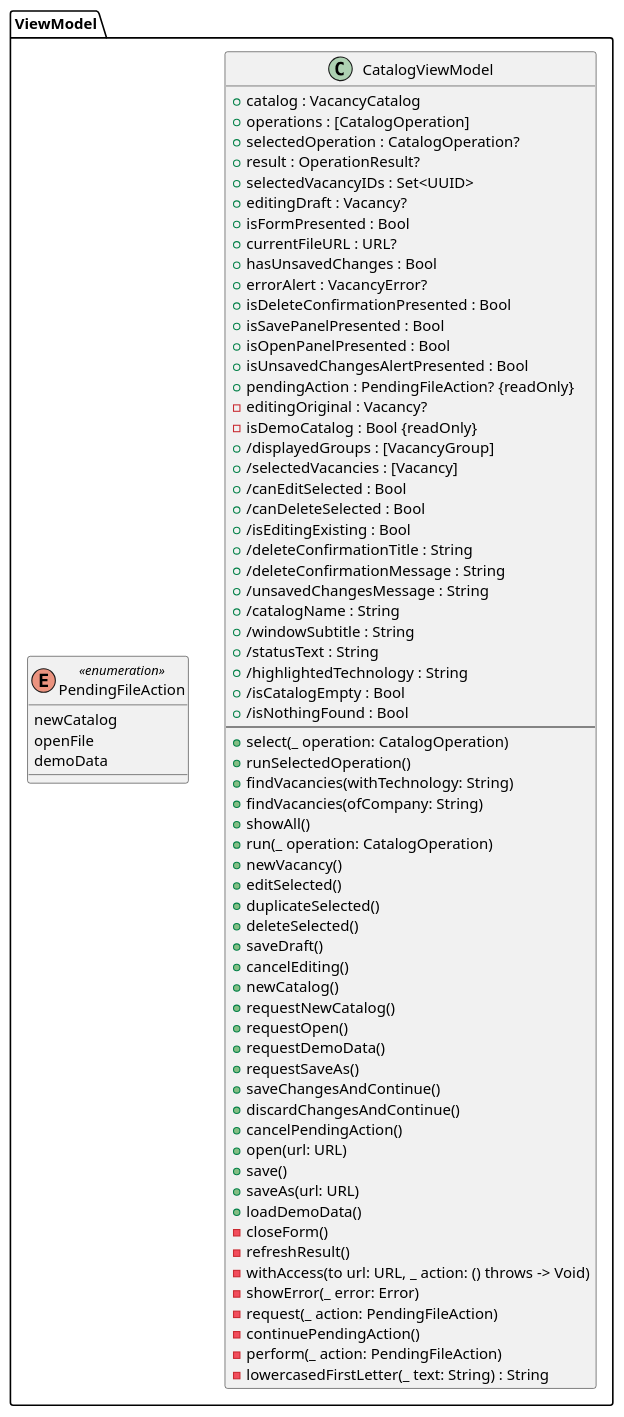
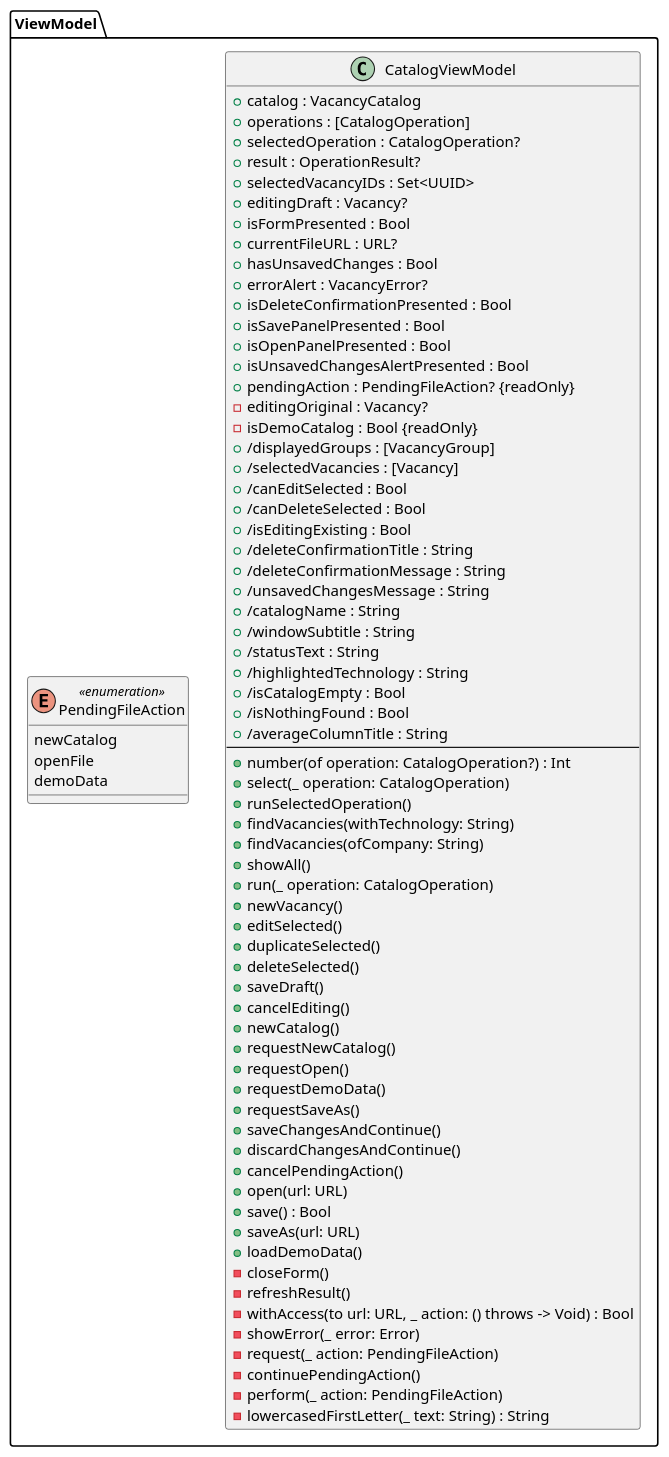
Before and after one commit to goosedum/kursova-1: the diagram in docs/uml/2-classes/types/viewmodel.iuml, drawn with PlantUML. The commit also changed 19 other files, not shown here.

First line of the commit message:
Етап 4.15: документація коду, звірка UML з кодом

```diff
--- a/docs/uml/2-classes/types/viewmodel.iuml
+++ b/docs/uml/2-classes/types/viewmodel.iuml
@@ -1,74 +1,76 @@
 ' Шар ViewModel — стан вікна. Підключається з діаграм у docs/uml/2-classes (крок 3.2). Джерело — .claude/plan/02-architecture.md §3.
 package "ViewModel" {
   class CatalogViewModel {
     + catalog : VacancyCatalog
     + operations : [CatalogOperation]
     + selectedOperation : CatalogOperation?
     + result : OperationResult?
     + selectedVacancyIDs : Set<UUID>
     + editingDraft : Vacancy?
     + isFormPresented : Bool
     + currentFileURL : URL?
     + hasUnsavedChanges : Bool
     + errorAlert : VacancyError?
     + isDeleteConfirmationPresented : Bool
     + isSavePanelPresented : Bool
     + isOpenPanelPresented : Bool
     + isUnsavedChangesAlertPresented : Bool
     + pendingAction : PendingFileAction? {readOnly}
     - editingOriginal : Vacancy?
     - isDemoCatalog : Bool {readOnly}
     + /displayedGroups : [VacancyGroup]
     + /selectedVacancies : [Vacancy]
     + /canEditSelected : Bool
     + /canDeleteSelected : Bool
     + /isEditingExisting : Bool
     + /deleteConfirmationTitle : String
     + /deleteConfirmationMessage : String
     + /unsavedChangesMessage : String
     + /catalogName : String
     + /windowSubtitle : String
     + /statusText : String
     + /highlightedTechnology : String
     + /isCatalogEmpty : Bool
     + /isNothingFound : Bool
+    + /averageColumnTitle : String
     --
+    + number(of operation: CatalogOperation?) : Int
     + select(_ operation: CatalogOperation)
     + runSelectedOperation()
     + findVacancies(withTechnology: String)
     + findVacancies(ofCompany: String)
     + showAll()
     + run(_ operation: CatalogOperation)
     + newVacancy()
     + editSelected()
     + duplicateSelected()
     + deleteSelected()
     + saveDraft()
     + cancelEditing()
     + newCatalog()
     + requestNewCatalog()
     + requestOpen()
     + requestDemoData()
     + requestSaveAs()
     + saveChangesAndContinue()
     + discardChangesAndContinue()
     + cancelPendingAction()
     + open(url: URL)
-    + save()
+    + save() : Bool
     + saveAs(url: URL)
     + loadDemoData()
     - closeForm()
     - refreshResult()
-    - withAccess(to url: URL, _ action: () throws -> Void)
+    - withAccess(to url: URL, _ action: () throws -> Void) : Bool
     - showError(_ error: Error)
     - request(_ action: PendingFileAction)
     - continuePendingAction()
     - perform(_ action: PendingFileAction)
     - lowercasedFirstLetter(_ text: String) : String
   }
   enum PendingFileAction <<enumeration>> {
     newCatalog
     openFile
     demoData
   }
 }
```
